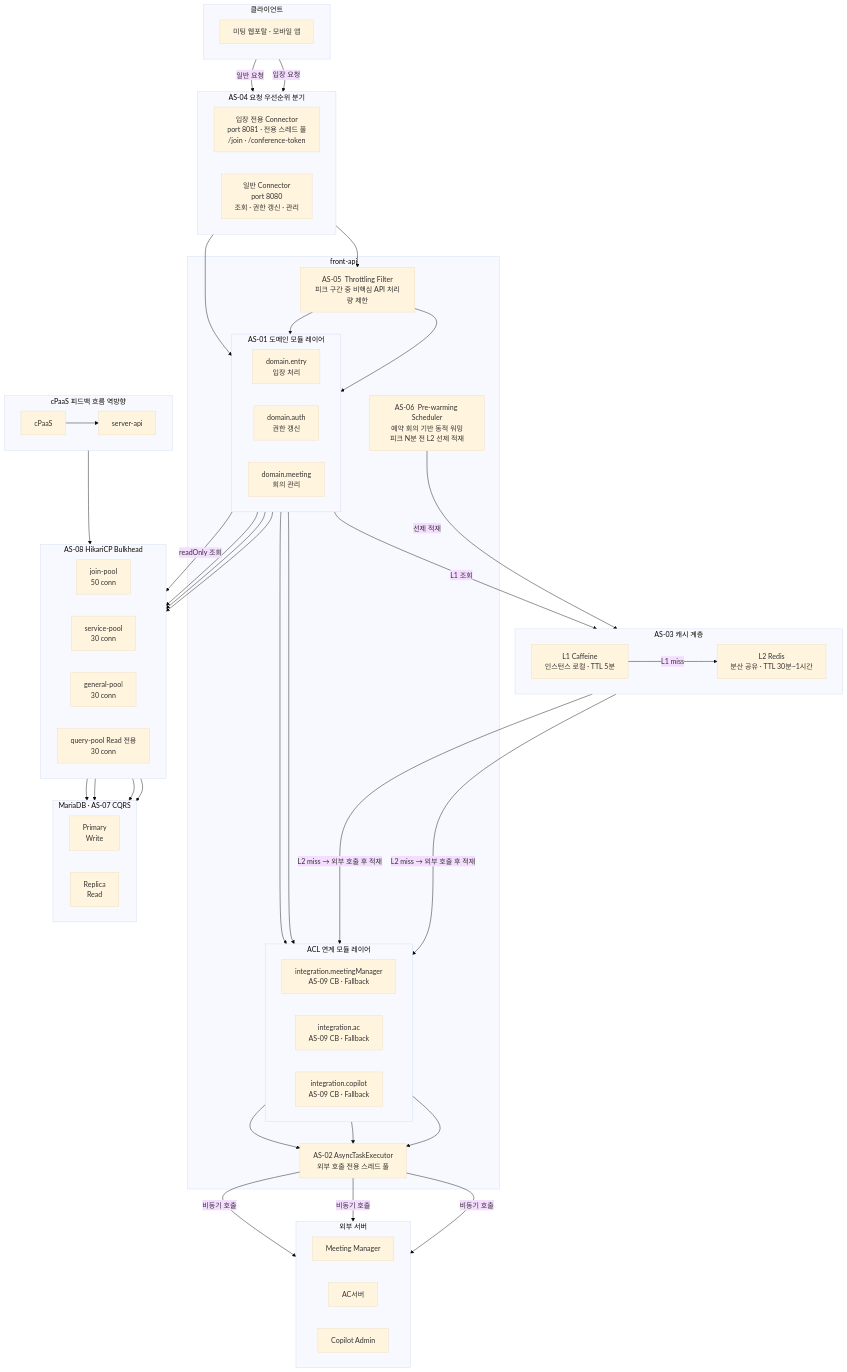
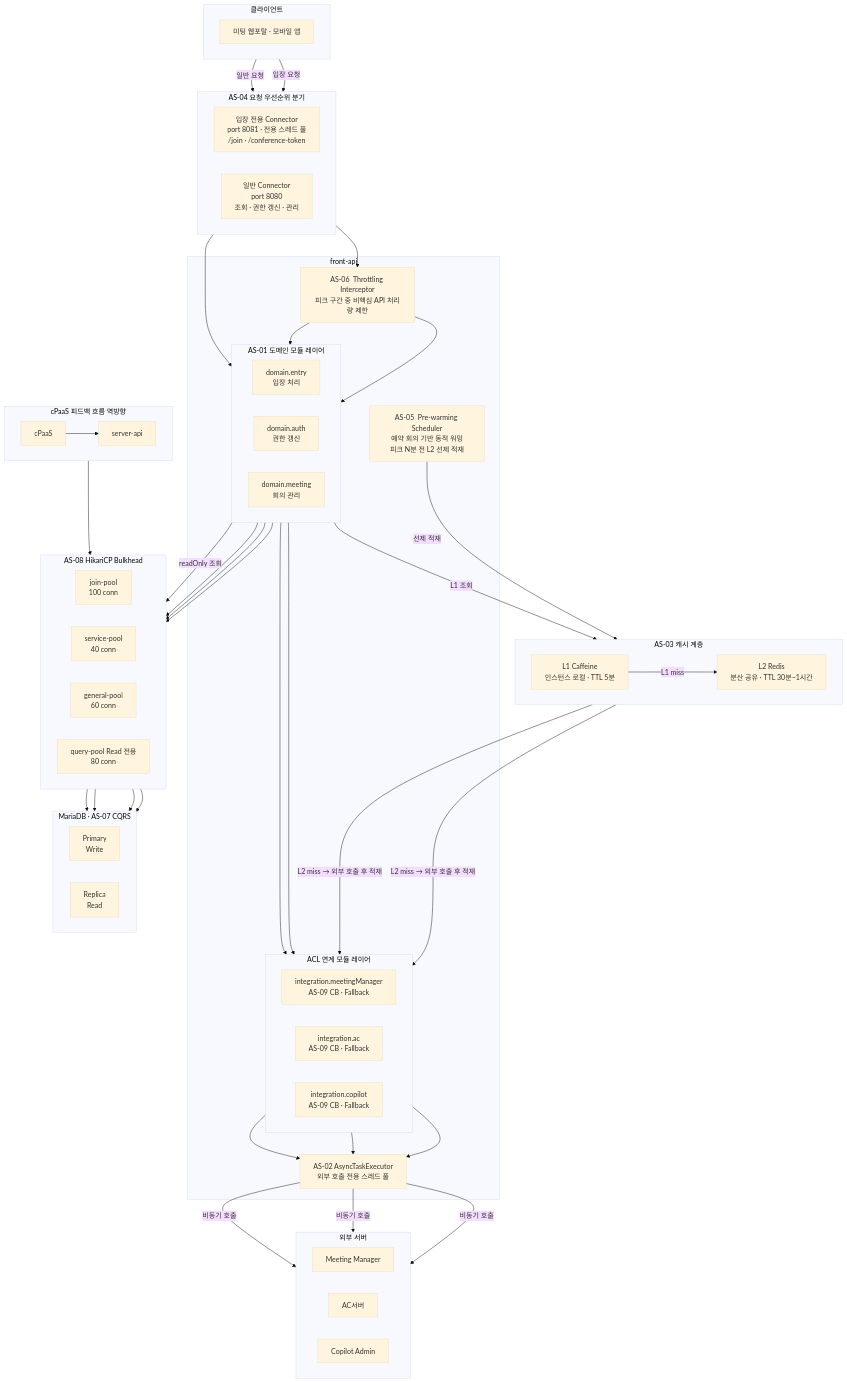
One commit to sujinnkim/A_Personal changed the diagram in report/4/4.1-개념아키텍처.md. Above: the diagram before and after it, drawn with Mermaid (base theme). The commit also changed other lines of this file and 181 other files, not shown here.

```diff
--- a/report/4/4.1-개념아키텍처.md
+++ b/report/4/4.1-개념아키텍처.md
@@ -18,7 +18,7 @@
     end
 
     subgraph FRONTAPI["front-api"]
-        THROT["AS-05  Throttling Filter\n피크 구간 중 비핵심 API 처리량 제한"]
+        THROT["AS-06  Throttling Interceptor\n피크 구간 중 비핵심 API 처리량 제한"]
 
         subgraph DOMAIN["AS-01  도메인 모듈 레이어"]
             direction LR
@@ -36,7 +36,7 @@
 
         ASYNC["AS-02  AsyncTaskExecutor\n외부 호출 전용 스레드 풀"]
 
-        PREWARM["AS-06  Pre-warming Scheduler\n예약 회의 기반 동적 워밍\n피크 N분 전 L2 선제 적재"]
+        PREWARM["AS-05  Pre-warming Scheduler\n예약 회의 기반 동적 워밍\n피크 N분 전 L2 선제 적재"]
     end
 
     subgraph CACHE_LAYER["AS-03  캐시 계층"]
@@ -47,10 +47,10 @@
 
     subgraph BULKHEAD["AS-08  HikariCP Bulkhead"]
         direction LR
-        JP["join-pool\n50 conn"]
-        SP["service-pool\n30 conn"]
-        GP["general-pool\n30 conn"]
-        QP["query-pool  Read 전용\n30 conn"]
+        JP["join-pool\n100 conn"]
+        SP["service-pool\n40 conn"]
+        GP["general-pool\n60 conn"]
+        QP["query-pool  Read 전용\n80 conn"]
     end
 
     subgraph DB_LAYER["MariaDB  ·  AS-07  CQRS"]
```
